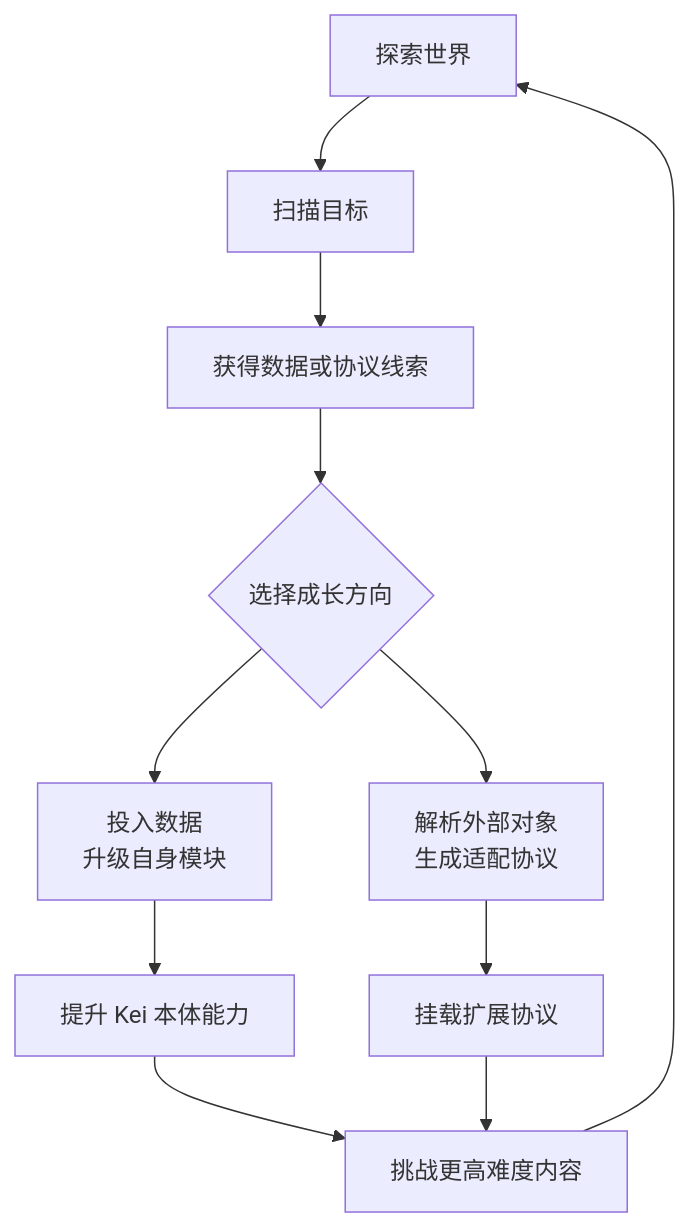
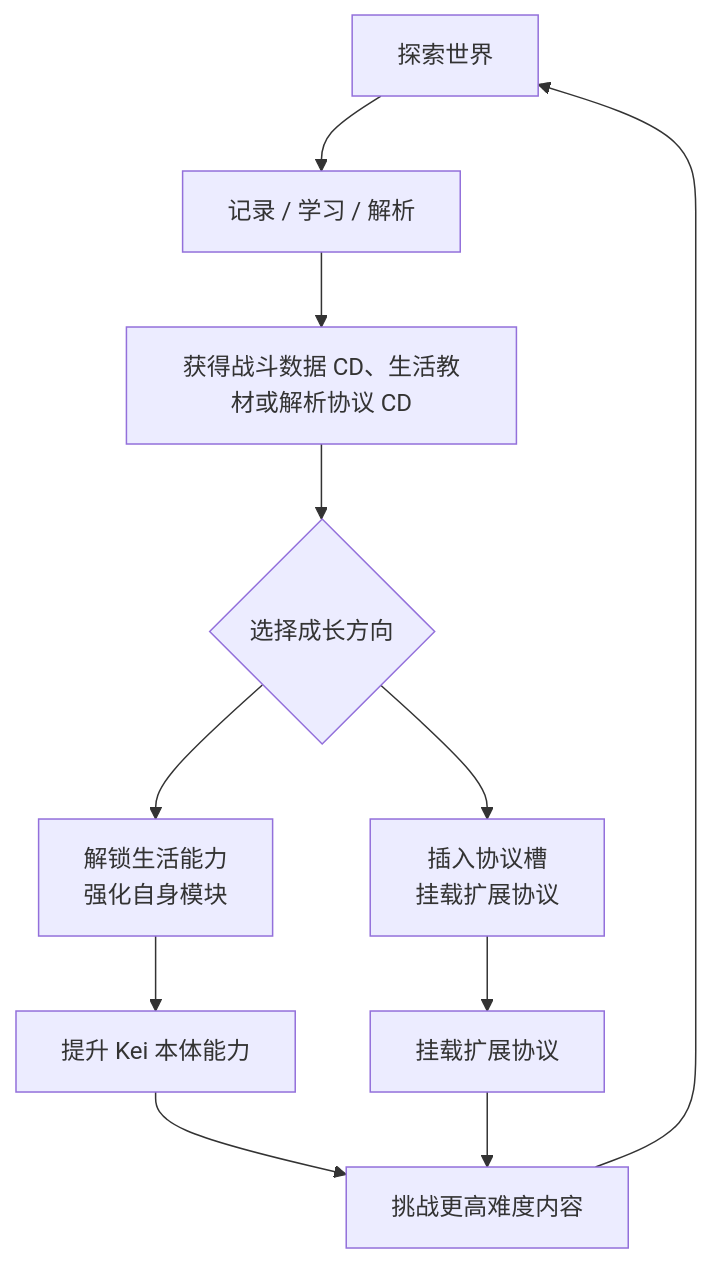
Before and after one commit to Caihangnnn/DST-Mod-Tendou-Kei: the fourth of 4 diagrams in Design/Kei_Initial_Design_Map.md, drawn with Mermaid. The commit also changed other lines of this file and 17 other files, not shown here.

````diff
--- a/Design/Kei_Initial_Design_Map.md
+++ b/Design/Kei_Initial_Design_Map.md
@@ -139,13 +145,13 @@
 ```mermaid
 flowchart TD
-    A["探索世界"] --> B["扫描目标"]
-    B --> C["获得数据或协议线索"]
+    A["探索世界"] --> B["记录 / 学习 / 解析"]
+    B --> C["获得战斗数据 CD、生活教材或解析协议 CD"]
     C --> D{"选择成长方向"}
-    D --> E["投入数据<br/>升级自身模块"]
-    D --> F["解析外部对象<br/>生成适配协议"]
+    D --> E["解锁生活能力<br/>强化自身模块"]
+    D --> F["插入协议槽<br/>挂载扩展协议"]
     E --> G["提升 Kei 本体能力"]
     F --> H["挂载扩展协议"]
     G --> I["挑战更高难度内容"]
     H --> I
     I --> A
 ```
````
